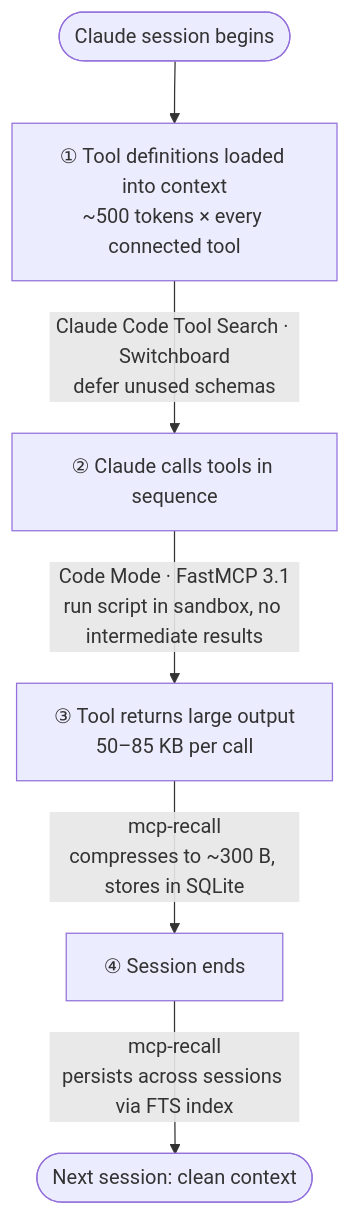
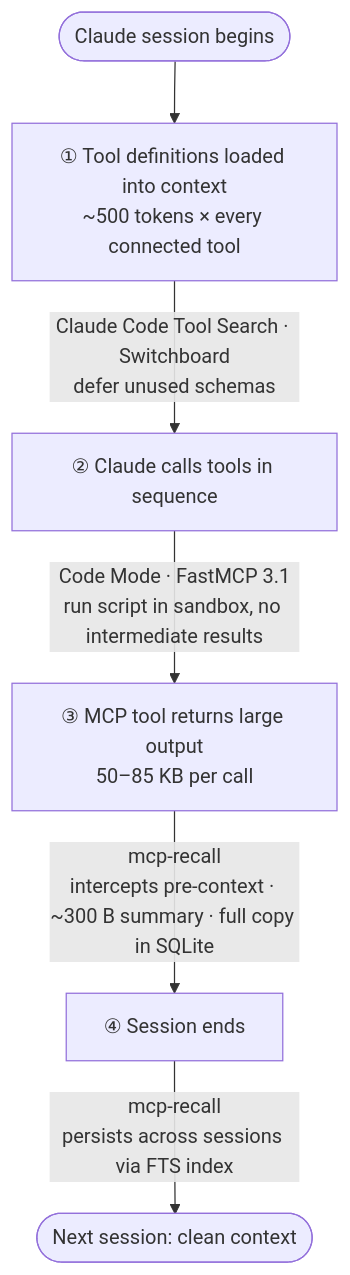
The first of 3 diagrams in README.md (sakebomb/mcp-recall), drawn with Mermaid before and after one commit. The commit also changed other lines of this file, not shown here.

First line of the commit message:
docs: reposition context stack around MCP-specific niche (#192)

````diff
--- a/README.md
+++ b/README.md
@@ -26,16 +26,16 @@
 ```mermaid
 flowchart TD
     A(["Claude session begins"]) --> B
 
     B["① Tool definitions loaded into context\n~500 tokens × every connected tool"]
     B -->|"Claude Code Tool Search · Switchboard\ndefer unused schemas"| C
 
     C["② Claude calls tools in sequence"]
     C -->|"Code Mode · FastMCP 3.1\nrun script in sandbox, no intermediate results"| D
 
-    D["③ Tool returns large output\n50–85 KB per call"]
-    D -->|"mcp-recall\ncompresses to ~300 B, stores in SQLite"| E
+    D["③ MCP tool returns large output\n50–85 KB per call"]
+    D -->|"mcp-recall\nintercepts pre-context · ~300 B summary · full copy in SQLite"| E
 
     E["④ Session ends"]
     E -->|"mcp-recall\npersists across sessions via FTS index"| F(["Next session: clean context"])
 ```
````
